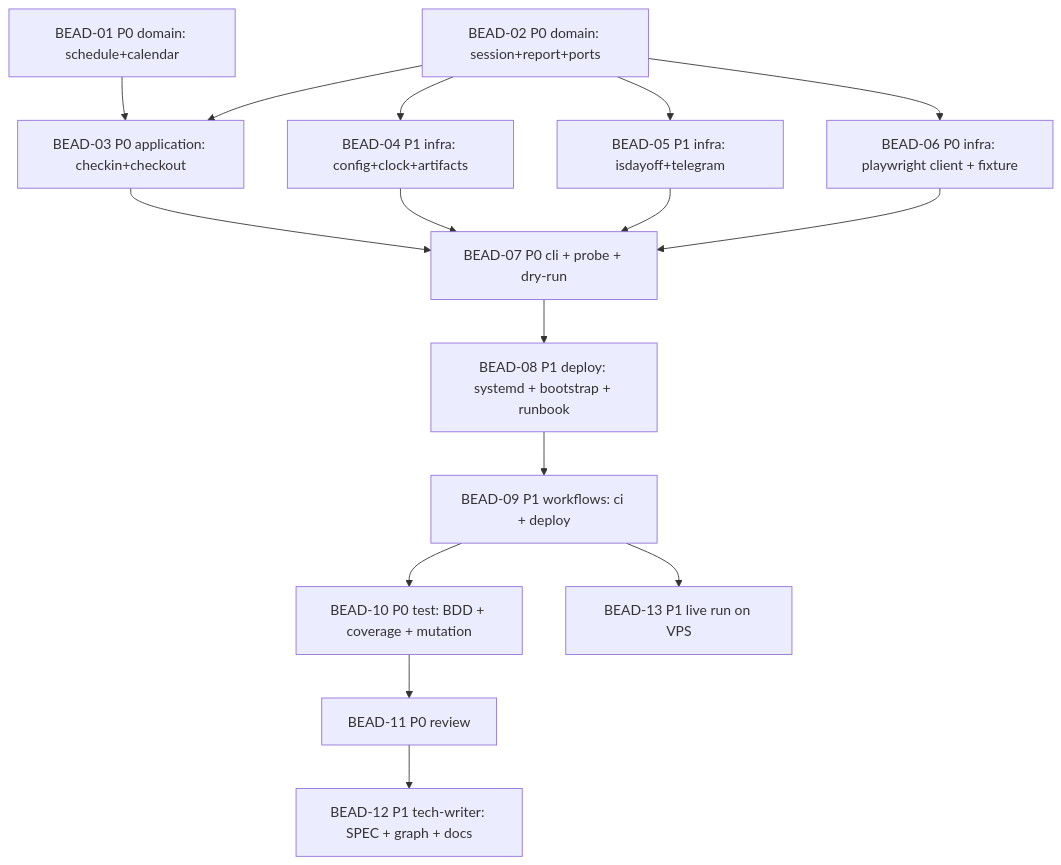
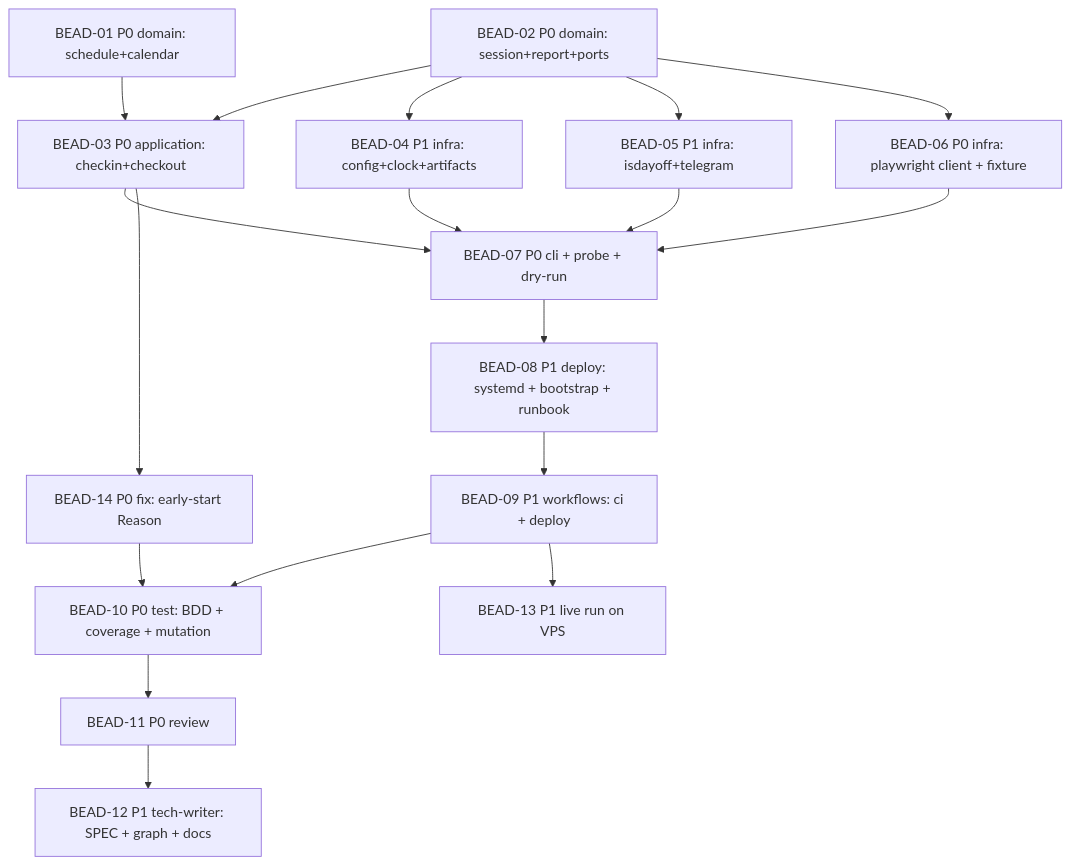
Before and after one commit to zoologov/horizon-tracker: the diagram in .claude/development/docs/features/HT-001/PLAN.md, drawn with Mermaid. The commit also changed other lines of this file and 8 other files, not shown here.

````diff
--- a/.claude/development/docs/features/HT-001/PLAN.md
+++ b/.claude/development/docs/features/HT-001/PLAN.md
@@ -19,18 +19,20 @@
 ```mermaid
 graph TD
     B01[BEAD-01 P0 domain: schedule+calendar] --> B03[BEAD-03 P0 application: checkin+checkout]
     B02[BEAD-02 P0 domain: session+report+ports] --> B03
     B02 --> B04[BEAD-04 P1 infra: config+clock+artifacts]
     B02 --> B05[BEAD-05 P1 infra: isdayoff+telegram]
     B02 --> B06[BEAD-06 P0 infra: playwright client + fixture]
     B03 --> B07[BEAD-07 P0 cli + probe + dry-run]
     B04 --> B07
     B05 --> B07
     B06 --> B07
     B07 --> B08[BEAD-08 P1 deploy: systemd + bootstrap + runbook]
     B08 --> B09[BEAD-09 P1 workflows: ci + deploy]
     B09 --> B10[BEAD-10 P0 test: BDD + coverage + mutation]
     B10 --> B11[BEAD-11 P0 review]
     B11 --> B12[BEAD-12 P1 tech-writer: SPEC + graph + docs]
     B09 --> B13[BEAD-13 P1 live run on VPS]
+    B03 --> B14[BEAD-14 P0 fix: early-start Reason]
+    B14 --> B10
 ```
````
